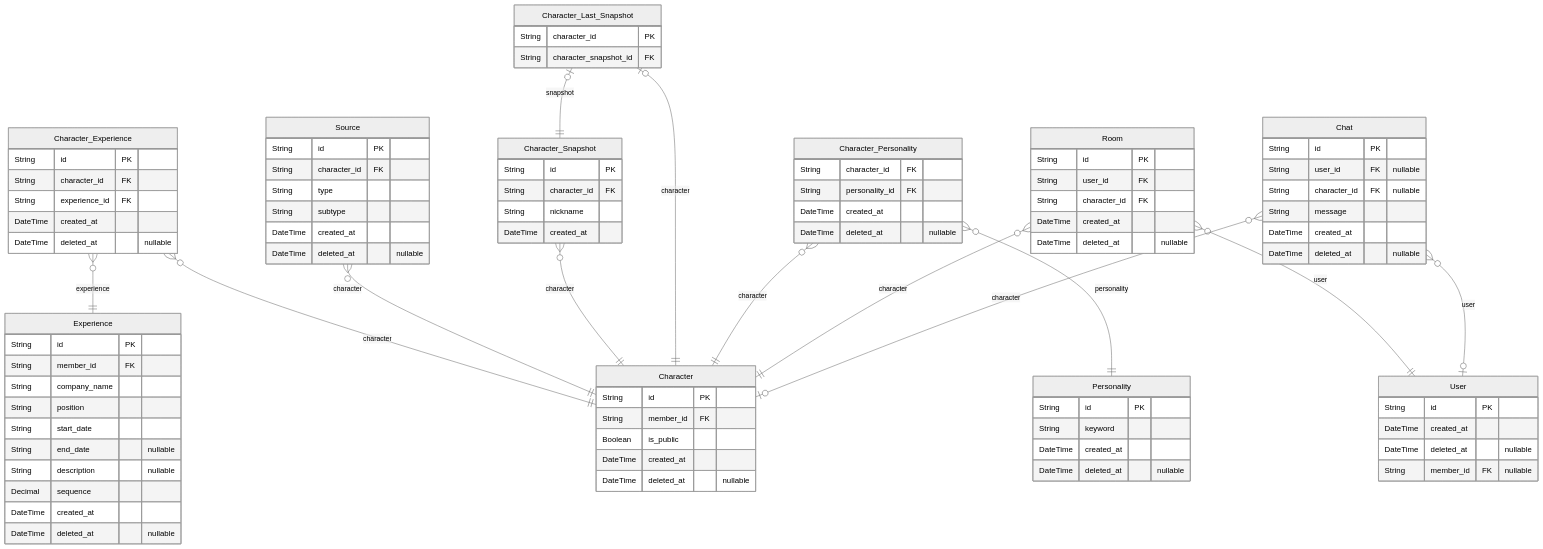
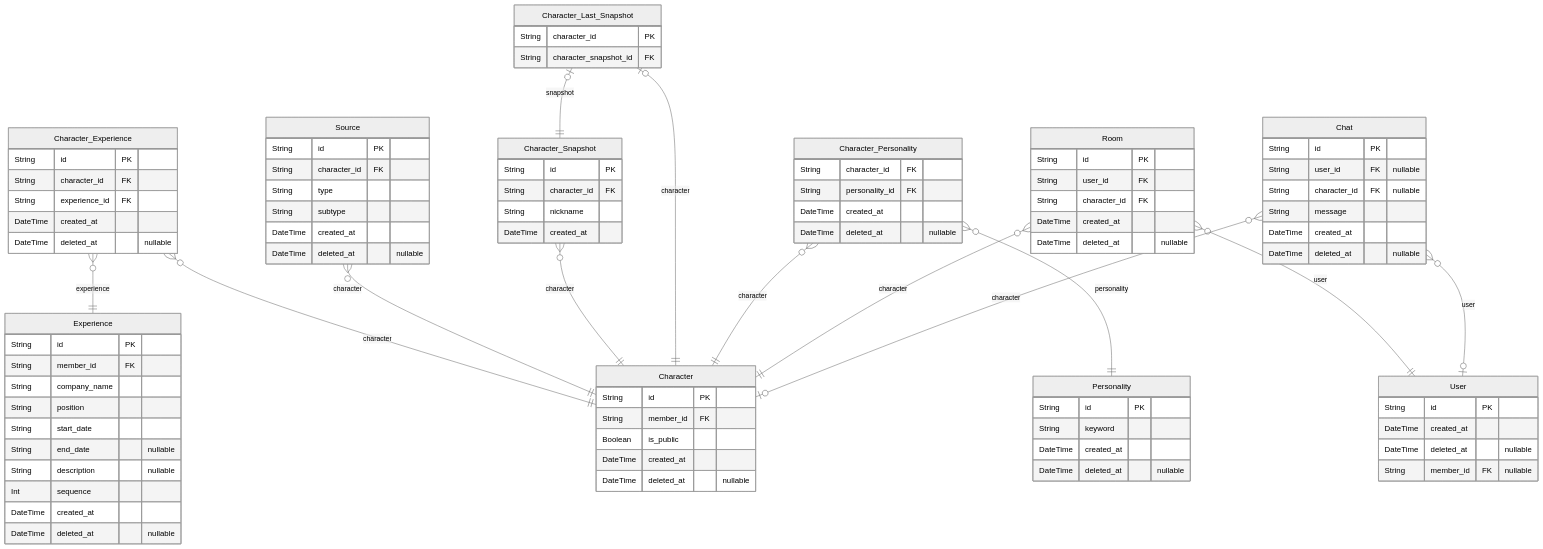
One commit to Resupath/backend changed the second of 2 diagrams in prisma/ERD.md. Above: the diagram before and after it, drawn with Mermaid (neutral theme). The commit also changed 3 other files, not shown here.

First line of the commit message:
feat: 생성 및 조회시 sequence 정보를 포함하도록 확장

```diff
--- a/prisma/ERD.md
+++ b/prisma/ERD.md
@@ -73,7 +73,7 @@
   String start_date
   String end_date "nullable"
   String description "nullable"
-  Decimal sequence
+  Int sequence
   DateTime created_at
   DateTime deleted_at "nullable"
 }
```
